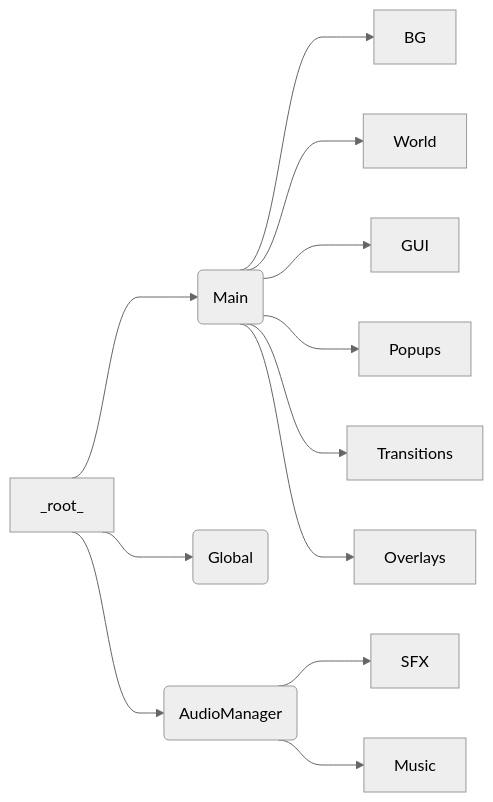
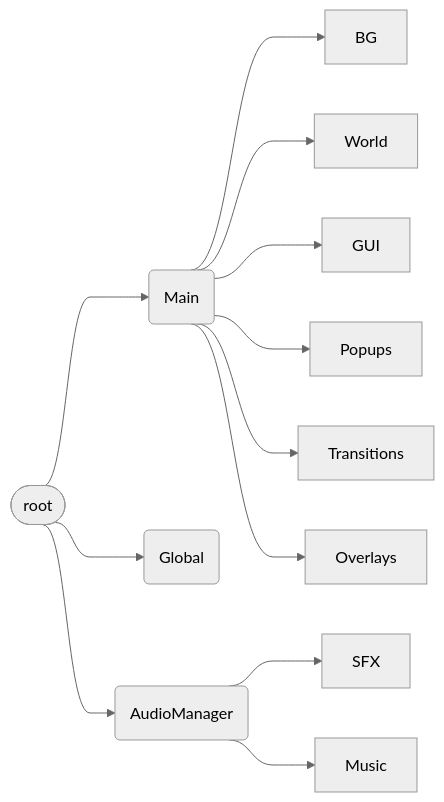
One commit to safwan-ds/AstroDodge changed the second of 2 diagrams in docs/structures.md. Above: the diagram before and after it, drawn with Mermaid (neutral theme). The commit also changed other lines of this file and 93 other files, not shown here.

````diff
--- a/docs/structures.md
+++ b/docs/structures.md
@@ -44,9 +44,9 @@
 ```mermaid
 %%{ init: { 'flowchart': { 'curve': 'bumpX' } } }%%
 flowchart LR
-    r[_root_] --> M(Main)
+    r([root]) --> M(Main)
     M --> BG & World & GUI & Popups & Transitions & Overlays
     r --> G(Global)
     r --> A(AudioManager) --> SFX
     A --> Music
 ```
````
